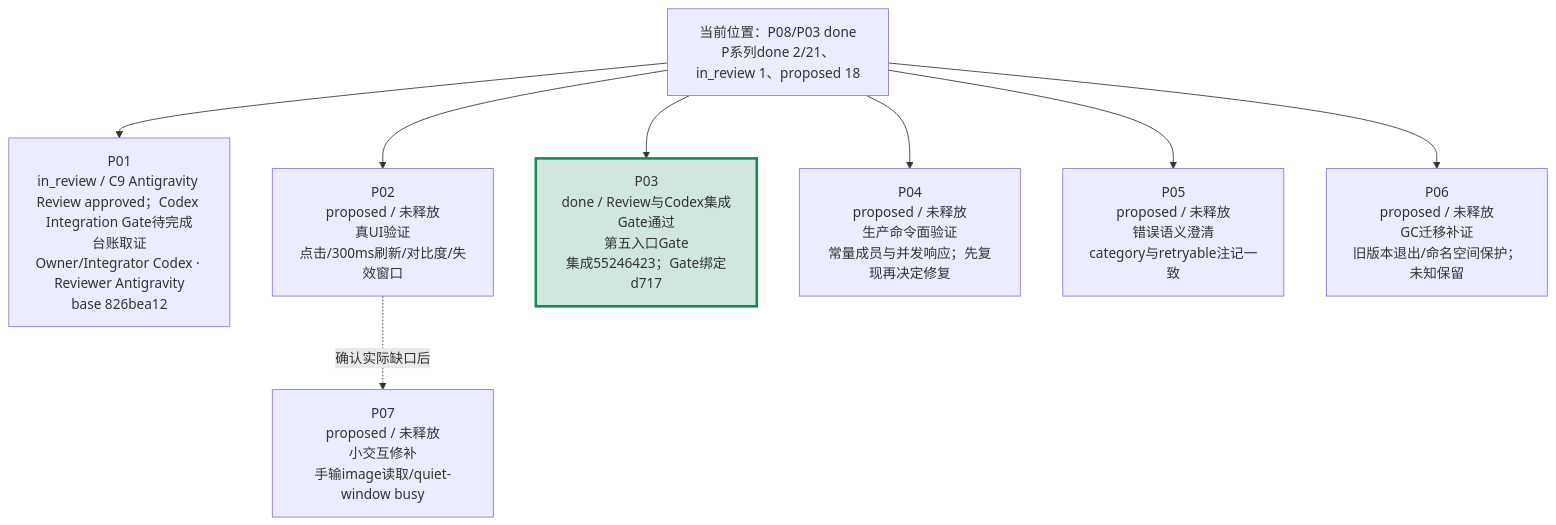
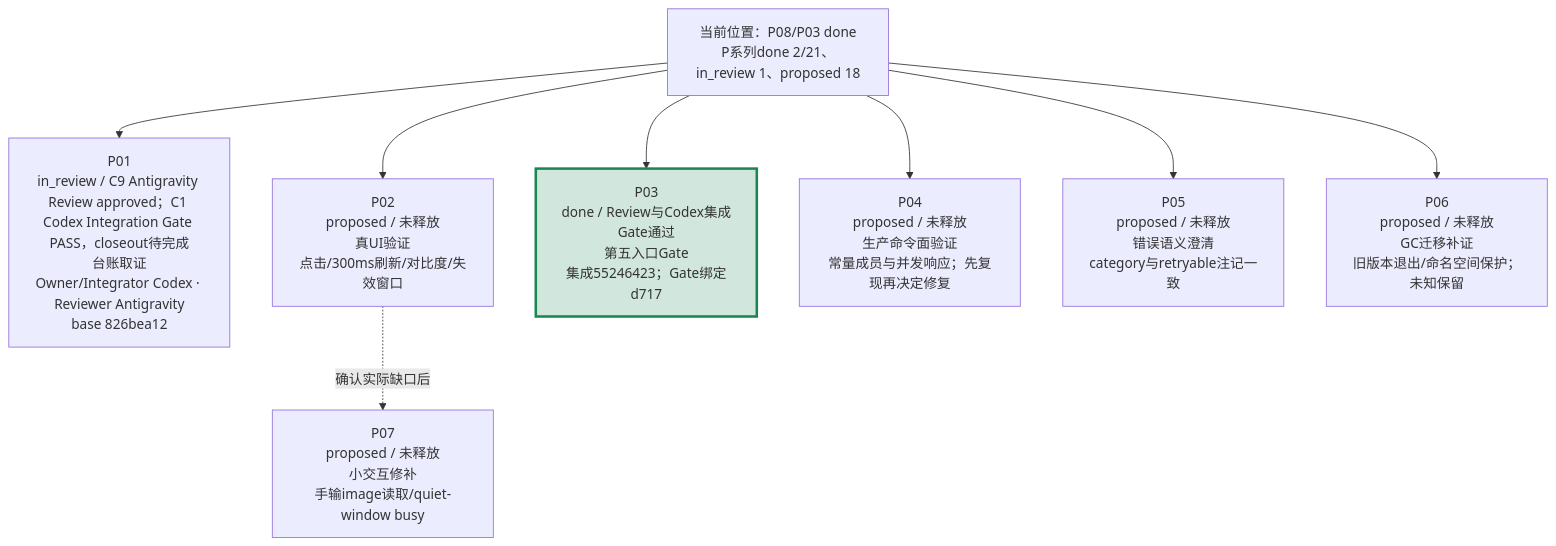
The second of 4 diagrams in verification/PROJECT-ROADMAP-20261008/ROADMAP.md (peakwheat-pixel/New-Manga), drawn with Mermaid before and after one commit. The commit also changed other lines of this file and 11 other files, not shown here.

Commit message:
P01: version C1 integration gate evidence

````diff
--- a/verification/PROJECT-ROADMAP-20261008/ROADMAP.md
+++ b/verification/PROJECT-ROADMAP-20261008/ROADMAP.md
@@ -30,11 +30,11 @@
 ```mermaid
 flowchart TB
-  BASE["当前位置：P08/P03 done<br/>P系列done 2/21、in_review 1、proposed 18"] --> P01["P01<br/>in_review / C9 Antigravity Review approved；Codex Integration Gate待完成<br/>台账取证<br/>Owner/Integrator Codex · Reviewer Antigravity<br/>base 826bea12"]
+  BASE["当前位置：P08/P03 done<br/>P系列done 2/21、in_review 1、proposed 18"] --> P01["P01<br/>in_review / C9 Antigravity Review approved；C1 Codex Integration Gate PASS，closeout待完成<br/>台账取证<br/>Owner/Integrator Codex · Reviewer Antigravity<br/>base 826bea12"]
   BASE --> P02["P02<br/>proposed / 未释放<br/>真UI验证<br/>点击/300ms刷新/对比度/失效窗口"]
   BASE --> P03["P03<br/>done / Review与Codex集成Gate通过<br/>第五入口Gate<br/>集成55246423；Gate绑定d717"]
   BASE --> P04["P04<br/>proposed / 未释放<br/>生产命令面验证<br/>常量成员与并发响应；先复现再决定修复"]
   BASE --> P05["P05<br/>proposed / 未释放<br/>错误语义澄清<br/>category与retryable注记一致"]
   BASE --> P06["P06<br/>proposed / 未释放<br/>GC迁移补证<br/>旧版本退出/命名空间保护；未知保留"]
   P02 -. "确认实际缺口后" .-> P07["P07<br/>proposed / 未释放<br/>小交互修补<br/>手输image读取/quiet-window busy"]
   style P03 fill:#d1e7dd,stroke:#198754,stroke-width:3px
 ```
````
